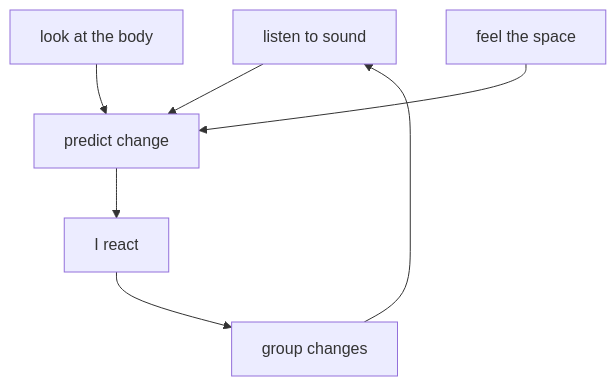
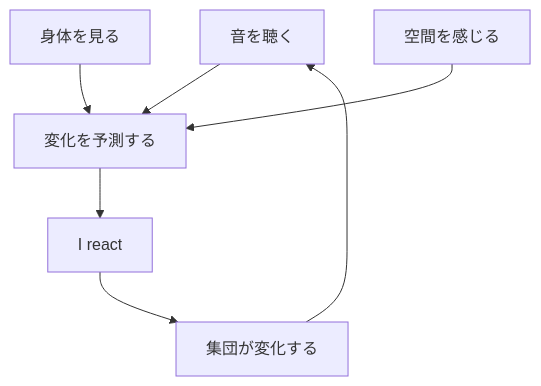
The fourth of 5 diagrams in en/_posts/2026-07-25-column-why-angine-de-poitrine-feels-like-collective-improvisation.md (monumental-movement/monumental-movement.github.io), drawn with Mermaid before and after one commit. The commit also changed other lines of this file and 2196 other files, not shown here.

```diff
--- a/en/_posts/2026-07-25-column-why-angine-de-poitrine-feels-like-collective-improvisation.md
+++ b/en/_posts/2026-07-25-column-why-angine-de-poitrine-feels-like-collective-improvisation.md
@@ -834,17 +834,17 @@
 <div class="mermaid">
 flowchart TB
 
-A[listen to sound]
-B[look at the body]
-C[feel the space]
-D[predict change]
+A[音を聴く]
+B[身体を見る]
+C[空間を感じる]
+D[変化を予測する]
 E[I react]
-F[group changes]
+F[集団が変化する]
 
 A --> D
 B --> D
 C --> D
 D --> E
 E --> F
 F --> A
 </div>
```
